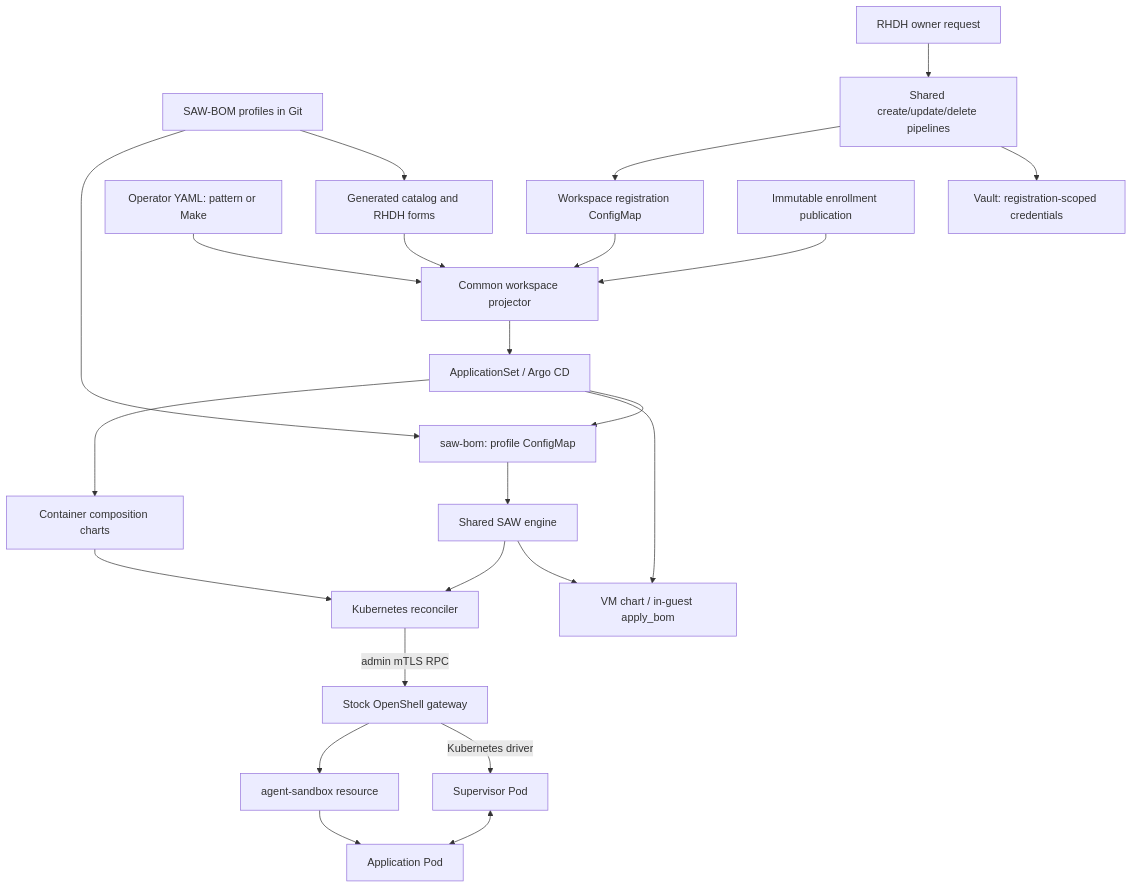
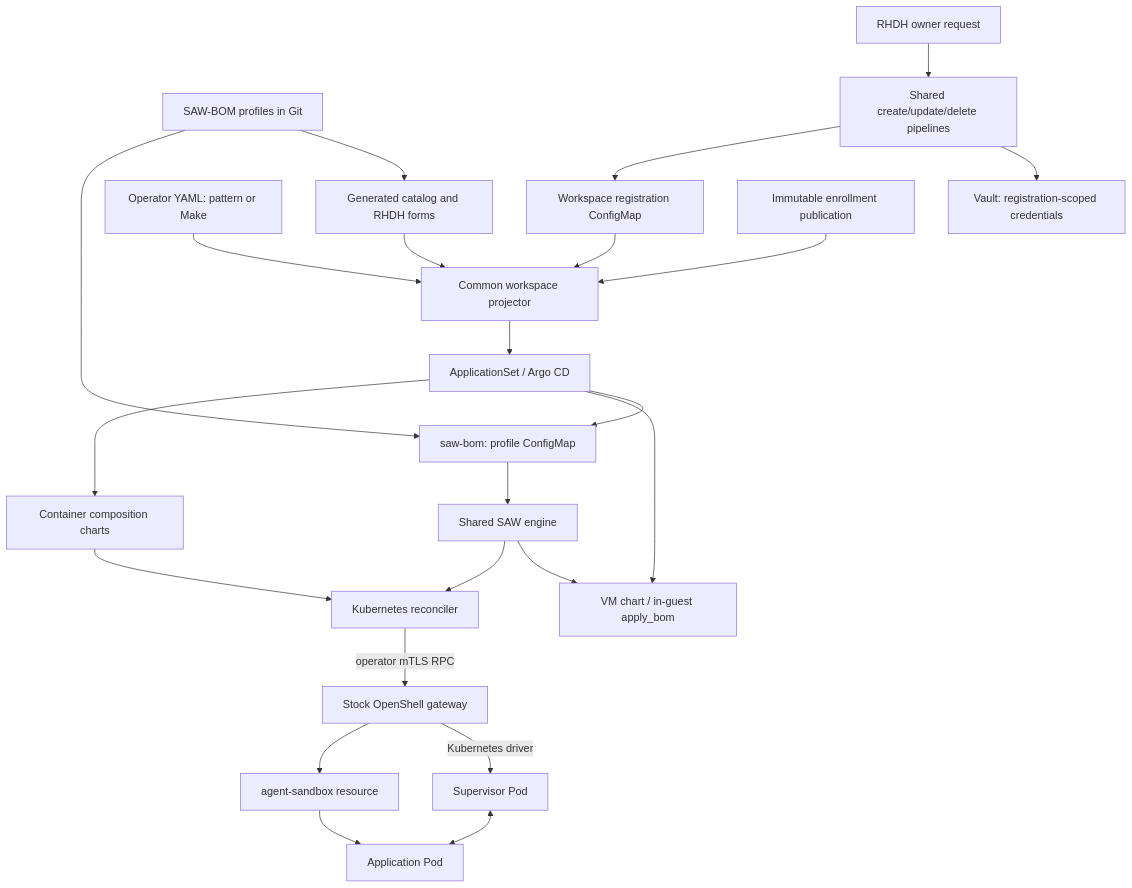
Before and after one commit to validatedpatterns-sandbox/secure-agent-workspace: the first of 4 diagrams in docs/container-workspaces.md, drawn with Mermaid. The commit also changed other lines of this file and 6 other files, not shown here.

Commit message:
fix(kata): use mTLS operator access

````diff
--- a/docs/container-workspaces.md
+++ b/docs/container-workspaces.md
@@ -12,25 +12,25 @@
 ```mermaid
 flowchart TD
   Profiles[SAW-BOM profiles in Git] --> Catalog[Generated catalog and RHDH forms]
   Profiles --> BOM[saw-bom: profile ConfigMap]
   RHDH[RHDH owner request] --> Pipeline[Shared create/update/delete pipelines]
   Static[Operator YAML: pattern or Make] --> Projection
   Pipeline --> Vault[Vault: registration-scoped credentials]
   Pipeline --> Registry[Workspace registration ConfigMap]
   Registry --> Projection[Common workspace projector]
   Catalog --> Projection
   Enrollment[Immutable enrollment publication] --> Projection
   Projection --> Argo[ApplicationSet / Argo CD]
   Argo --> BOM
   Argo --> VM[VM chart / in-guest apply_bom]
   Argo --> Container[Container composition charts]
   BOM --> Core[Shared SAW engine]
   Core --> VM
   Core --> Reconciler[Kubernetes reconciler]
   Container --> Reconciler
-  Reconciler -->|admin mTLS RPC| Gateway[Stock OpenShell gateway]
+  Reconciler -->|operator mTLS RPC| Gateway[Stock OpenShell gateway]
   Gateway -->|Kubernetes driver| Supervisor[Supervisor Pod]
   Gateway --> Sandbox[agent-sandbox resource]
   Sandbox --> Agent[Application Pod]
   Supervisor <--> Agent
 ```
````
